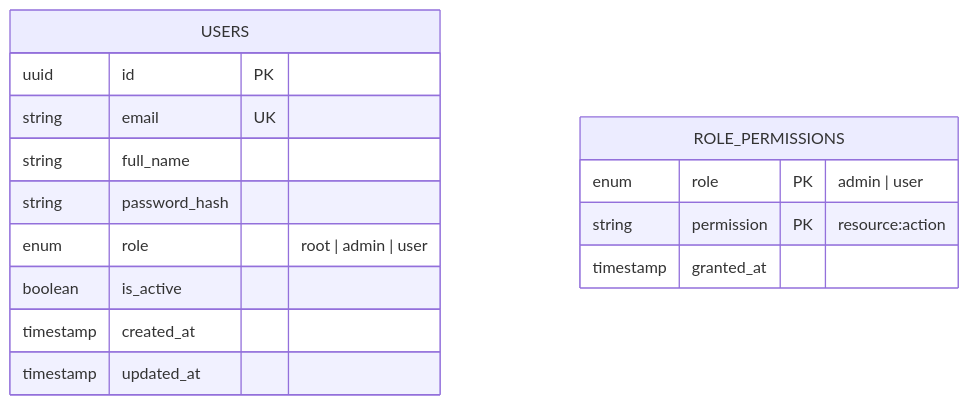
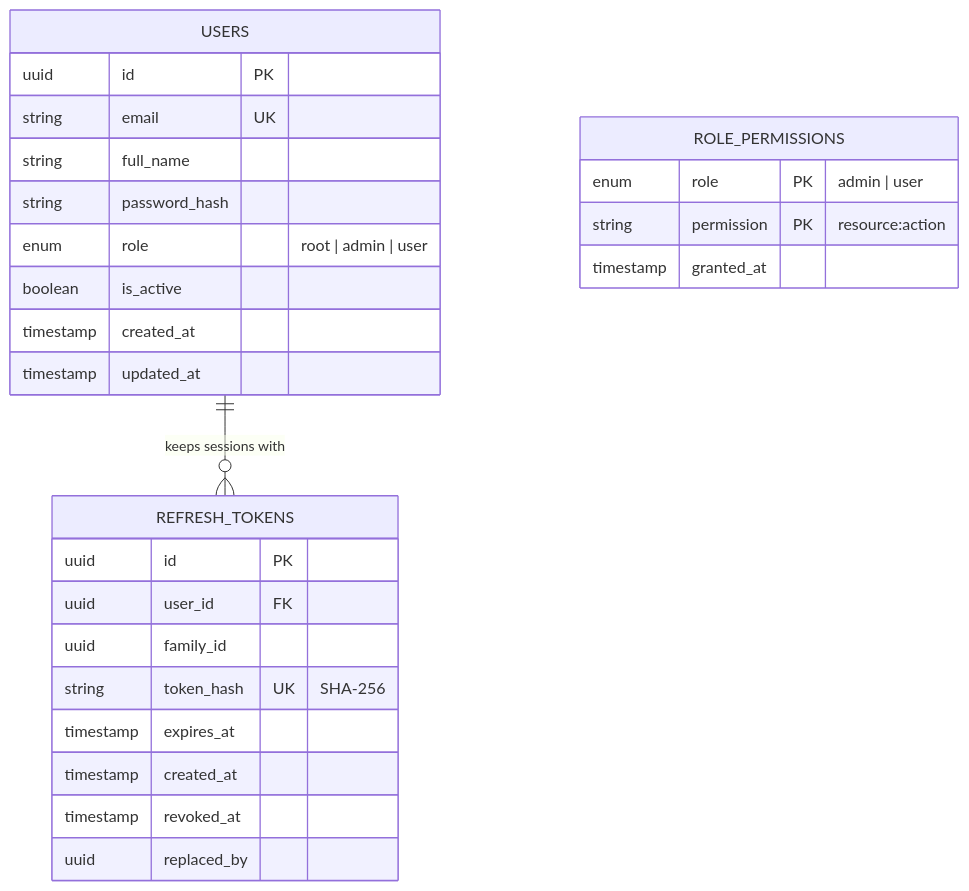
One commit to Zerik-Official/Motorix changed the first of 2 diagrams in docs/en/data-model.md. Above: the diagram before and after it, drawn with Mermaid. The commit also changed other lines of this file and 1 other file, not shown here.

Commit message:
docs(data-model): add refresh tokens table

````diff
--- a/docs/en/data-model.md
+++ b/docs/en/data-model.md
@@ -7,18 +7,29 @@
 ```mermaid
 erDiagram
     USERS {
         uuid id PK
         string email UK
         string full_name
         string password_hash
         enum role "root | admin | user"
         boolean is_active
         timestamp created_at
         timestamp updated_at
     }
     ROLE_PERMISSIONS {
         enum role PK "admin | user"
         string permission PK "resource:action"
         timestamp granted_at
     }
+    USERS ||--o{ REFRESH_TOKENS : "keeps sessions with"
+    REFRESH_TOKENS {
+        uuid id PK
+        uuid user_id FK
+        uuid family_id
+        string token_hash UK "SHA-256"
+        timestamp expires_at
+        timestamp created_at
+        timestamp revoked_at
+        uuid replaced_by
+    }
 ```
````
